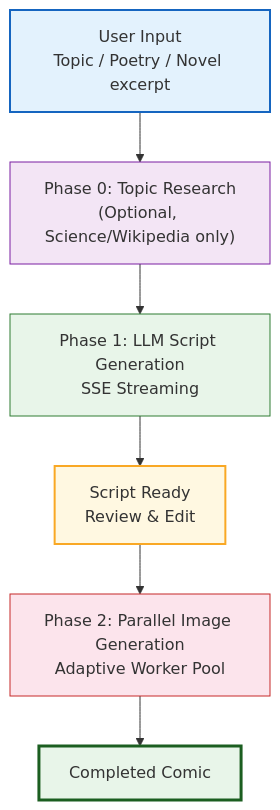
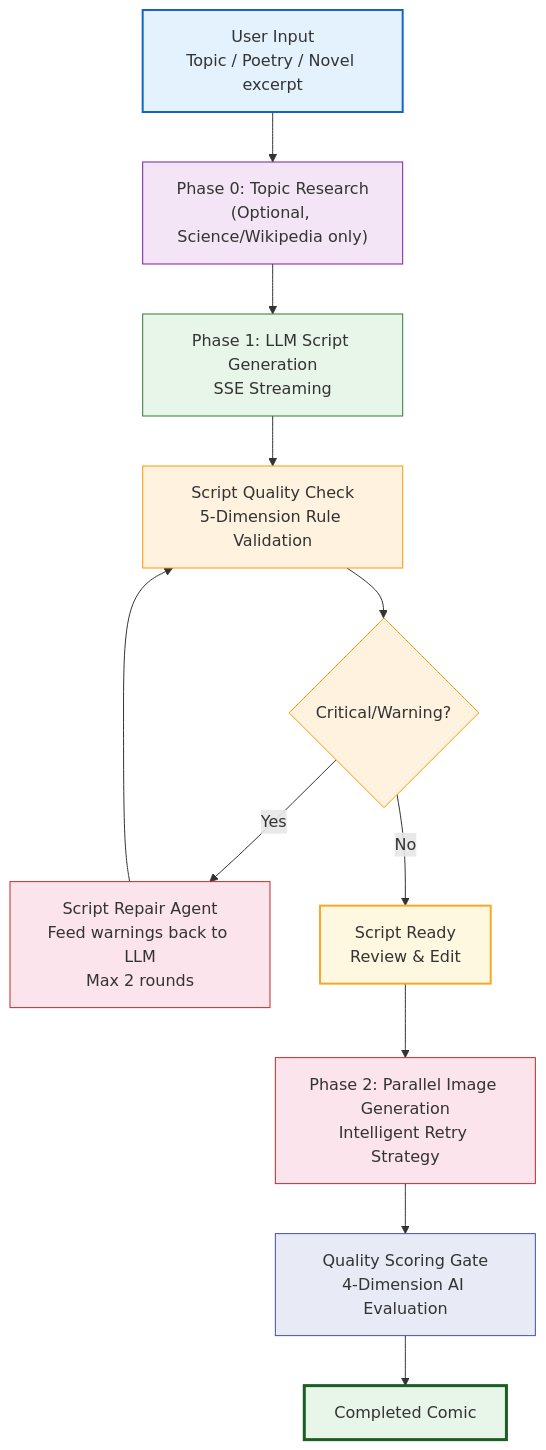
The second of 2 diagrams in README.en.md (hechangjia/ComicPedia), drawn with Mermaid before and after one commit. The commit also changed other lines of this file and 18 other files, not shown here.

````diff
--- a/README.en.md
+++ b/README.en.md
@@ -165,22 +172,35 @@
 ```mermaid
 graph TD
   Input["User Input<br/>Topic / Poetry / Novel excerpt"]
   Research["Phase 0: Topic Research<br/>(Optional, Science/Wikipedia only)"]
   Script["Phase 1: LLM Script Generation<br/>SSE Streaming"]
+  Validate["Script Quality Check<br/>5-Dimension Rule Validation"]
+  Repair{"Critical/Warning?"}
+  RepairLoop["Script Repair Agent<br/>Feed warnings back to LLM<br/>Max 2 rounds"]
   Review["Script Ready<br/>Review & Edit"]
-  ImageGen["Phase 2: Parallel Image Generation<br/>Adaptive Worker Pool"]
+  ImageGen["Phase 2: Parallel Image Generation<br/>Intelligent Retry Strategy"]
+  QualityGate["Quality Scoring Gate<br/>4-Dimension AI Evaluation"]
   Done["Completed Comic"]
 
   Input --> Research
   Research --> Script
-  Script --> Review
+  Script --> Validate
+  Validate --> Repair
+  Repair -- "Yes" --> RepairLoop
+  RepairLoop --> Validate
+  Repair -- "No" --> Review
   Review --> ImageGen
-  ImageGen --> Done
+  ImageGen --> QualityGate
+  QualityGate --> Done
 
   style Input fill:#e3f2fd,stroke:#1565C0,stroke-width:2px
   style Research fill:#f3e5f5,stroke:#7B1FA2
   style Script fill:#e8f5e9,stroke:#2E7D32
+  style Validate fill:#fff3e0,stroke:#FF9800
+  style Repair fill:#fff3e0,stroke:#FF9800
+  style RepairLoop fill:#fce4ec,stroke:#C62828
   style Review fill:#fff8e1,stroke:#F9A825,stroke-width:2px
   style ImageGen fill:#fce4ec,stroke:#C62828
+  style QualityGate fill:#e8eaf6,stroke:#3F51B5
   style Done fill:#e8f5e9,stroke:#1B5E20,stroke-width:3px
 ```
````
